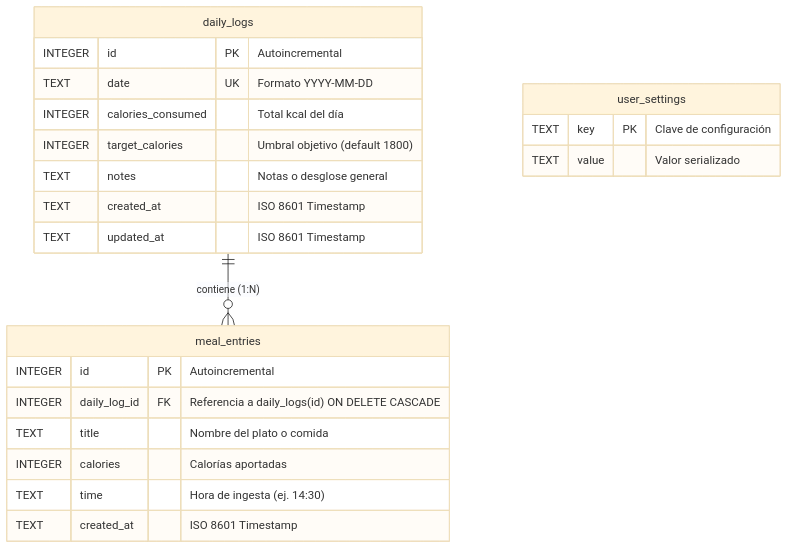
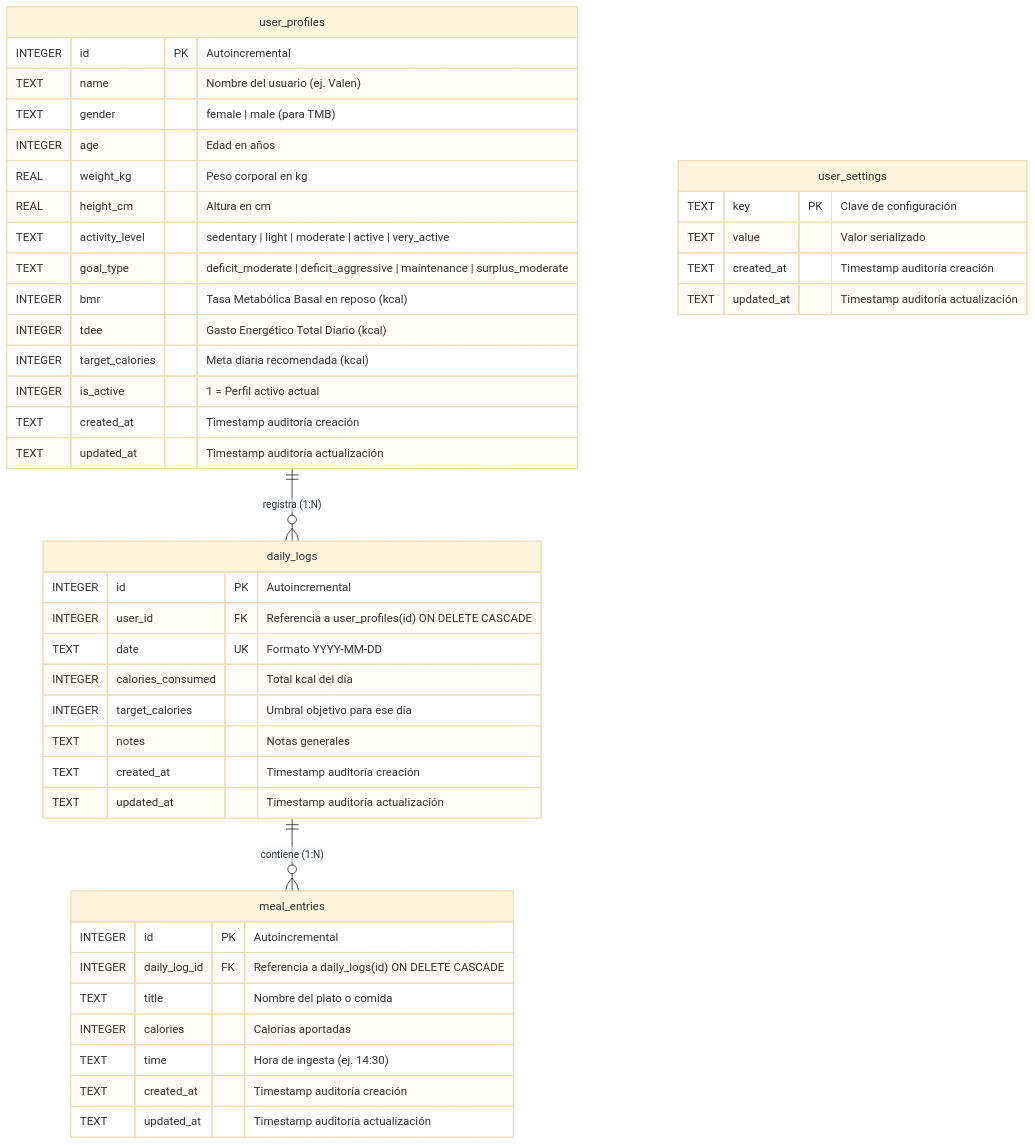
One commit to Lescano-Tomas/CalorieBalance changed the diagram in docs/database/schema.md. Above: the diagram before and after it, drawn with Mermaid (base theme). The commit also changed other lines of this file and 16 other files, not shown here.

Commit message:
feat(onboarding): add relational user_profiles, Mifflin-St Jeor calculator, and sleek date navigator

````diff
--- a/docs/database/schema.md
+++ b/docs/database/schema.md
@@ -9,28 +12,50 @@
 ```mermaid
 erDiagram
+    user_profiles ||--o{ daily_logs : "registra (1:N)"
     daily_logs ||--o{ meal_entries : "contiene (1:N)"
     
+    user_profiles {
+        INTEGER id PK "Autoincremental"
+        TEXT name "Nombre del usuario (ej. Valen)"
+        TEXT gender "female | male (para TMB)"
+        INTEGER age "Edad en años"
+        REAL weight_kg "Peso corporal en kg"
+        REAL height_cm "Altura en cm"
+        TEXT activity_level "sedentary | light | moderate | active | very_active"
+        TEXT goal_type "deficit_moderate | deficit_aggressive | maintenance | surplus_moderate"
+        INTEGER bmr "Tasa Metabólica Basal en reposo (kcal)"
+        INTEGER tdee "Gasto Energético Total Diario (kcal)"
+        INTEGER target_calories "Meta diaria recomendada (kcal)"
+        INTEGER is_active "1 = Perfil activo actual"
+        TEXT created_at "Timestamp auditoría creación"
+        TEXT updated_at "Timestamp auditoría actualización"
+    }
+
     daily_logs {
         INTEGER id PK "Autoincremental"
+        INTEGER user_id FK "Referencia a user_profiles(id) ON DELETE CASCADE"
         TEXT date UK "Formato YYYY-MM-DD"
         INTEGER calories_consumed "Total kcal del día"
-        INTEGER target_calories "Umbral objetivo (default 1800)"
-        TEXT notes "Notas o desglose general"
-        TEXT created_at "ISO 8601 Timestamp"
-        TEXT updated_at "ISO 8601 Timestamp"
+        INTEGER target_calories "Umbral objetivo para ese día"
+        TEXT notes "Notas generales"
+        TEXT created_at "Timestamp auditoría creación"
+        TEXT updated_at "Timestamp auditoría actualización"
     }
 
     meal_entries {
         INTEGER id PK "Autoincremental"
         INTEGER daily_log_id FK "Referencia a daily_logs(id) ON DELETE CASCADE"
         TEXT title "Nombre del plato o comida"
         INTEGER calories "Calorías aportadas"
         TEXT time "Hora de ingesta (ej. 14:30)"
-        TEXT created_at "ISO 8601 Timestamp"
+        TEXT created_at "Timestamp auditoría creación"
+        TEXT updated_at "Timestamp auditoría actualización"
     }
 
     user_settings {
         TEXT key PK "Clave de configuración"
         TEXT value "Valor serializado"
+        TEXT created_at "Timestamp auditoría creación"
+        TEXT updated_at "Timestamp auditoría actualización"
     }
 ```
````
